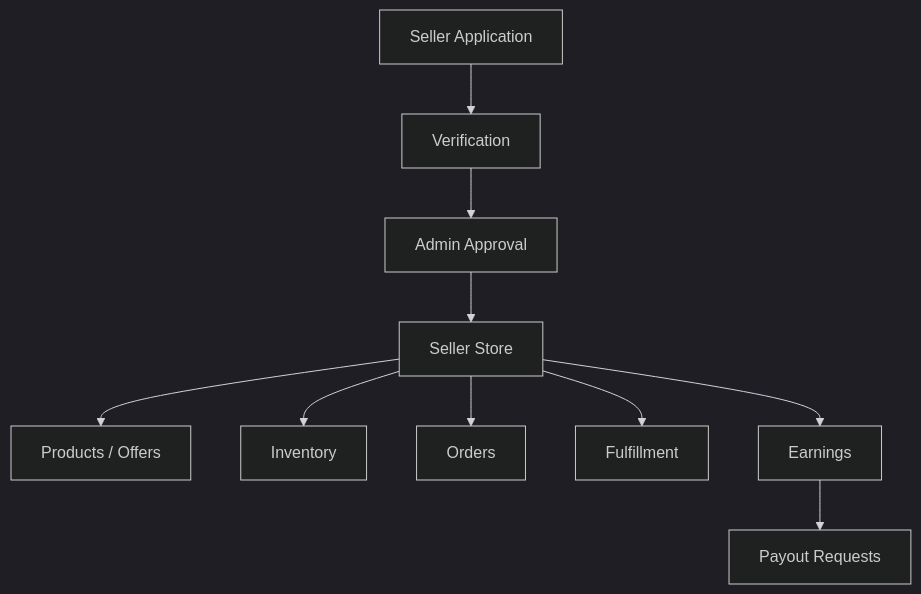
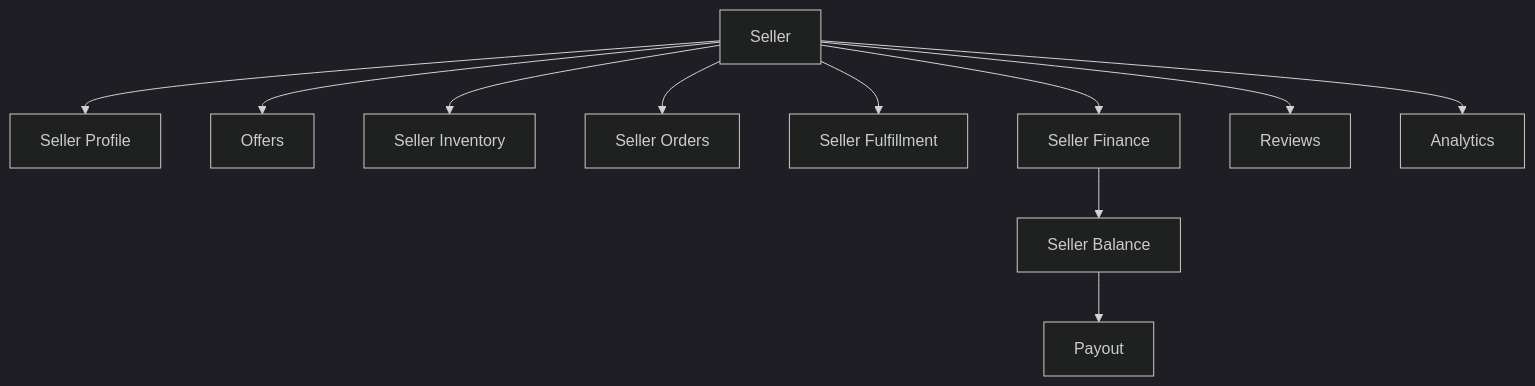
Before and after one commit to Izyane-InovSolutions/commerce: diagram 17 of 25 in README.md, drawn with Mermaid (dark theme). The commit also changed other lines of this file, not shown here.

Commit message:
docs: switch backend architecture to NestJS modular monolith

````diff
--- a/README.md
+++ b/README.md
@@ -782,13 +812,15 @@
 ```mermaid
 flowchart TD
-    APPLY[Seller Application]
-    APPLY --> VERIFY[Verification]
-    VERIFY --> APPROVAL[Admin Approval]
-    APPROVAL --> STORE[Seller Store]
-    STORE --> PRODUCTS[Products / Offers]
-    STORE --> INVENTORY[Inventory]
-    STORE --> ORDERS[Orders]
-    STORE --> FULFILLMENT[Fulfillment]
-    STORE --> EARNINGS[Earnings]
-    EARNINGS --> PAYOUT[Payout Requests]
+    SELLER[Seller]
+    SELLER --> PROFILE[Seller Profile]
+    SELLER --> OFFER[Offers]
+    SELLER --> INVENTORY[Seller Inventory]
+    SELLER --> ORDERS[Seller Orders]
+    SELLER --> FULFILLMENT[Seller Fulfillment]
+    SELLER --> FINANCE[Seller Finance]
+    SELLER --> REVIEWS[Reviews]
+    SELLER --> ANALYTICS[Analytics]
+
+    FINANCE --> BALANCE[Seller Balance]
+    BALANCE --> PAYOUT[Payout]
 ```
````
